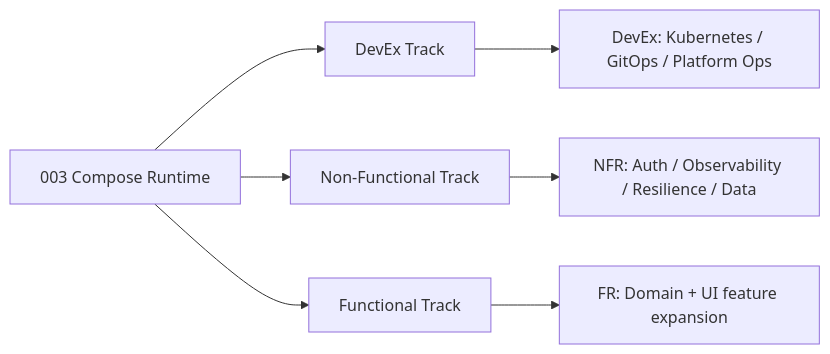
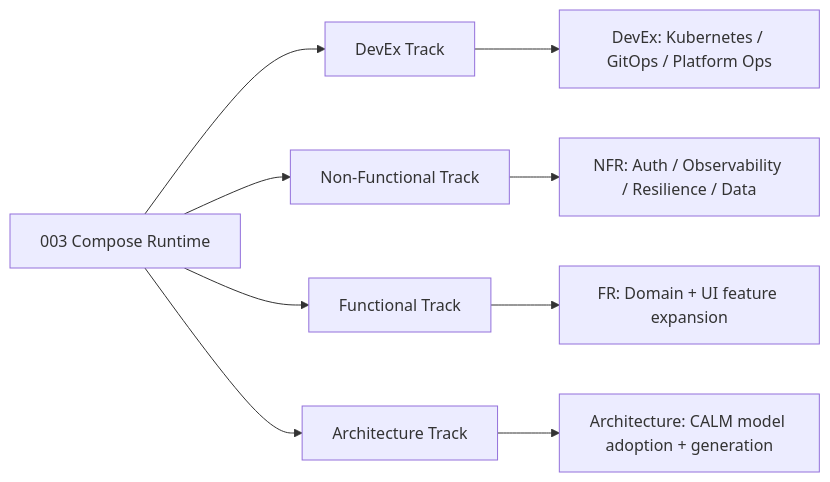
One commit to finos/traderX changed the second of 2 diagrams in docs/spec-kit/visual-learning-graphs.md. Above: the diagram before and after it, drawn with Mermaid. The commit also changed 78 other files, not shown here.

````diff
--- a/docs/spec-kit/visual-learning-graphs.md
+++ b/docs/spec-kit/visual-learning-graphs.md
@@ -28,10 +28,12 @@
 ```mermaid
 flowchart LR
   S003["003 Compose Runtime"] --> D["DevEx Track"]
   S003 --> N["Non-Functional Track"]
   S003 --> F["Functional Track"]
+  S003 --> A["Architecture Track"]
 
   D --> D1["DevEx: Kubernetes / GitOps / Platform Ops"]
   N --> N1["NFR: Auth / Observability / Resilience / Data"]
   F --> F1["FR: Domain + UI feature expansion"]
+  A --> A1["Architecture: CALM model adoption + generation"]
 ```
````
